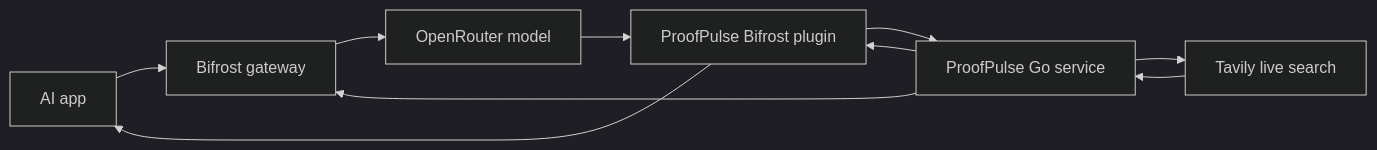
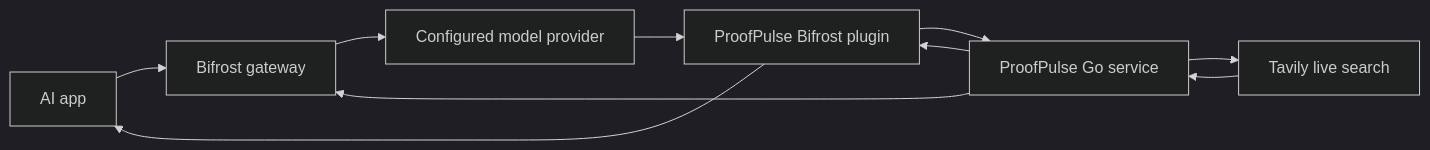
The diagram in README.md (Tanishq-lab-Genius/proofpulse), drawn with Mermaid (dark theme) before and after one commit. The commit also changed other lines of this file, not shown here.

Commit message:
Document Bifrost provider flexibility

````diff
--- a/README.md
+++ b/README.md
@@ -29,12 +29,12 @@
 ```mermaid
 flowchart LR
     Client[AI app] --> Gateway[Bifrost gateway]
-    Gateway --> Model[OpenRouter model]
+    Gateway --> Model[Configured model provider]
     Model --> Plugin[ProofPulse Bifrost plugin]
     Plugin --> Service[ProofPulse Go service]
     Service --> Search[Tavily live search]
     Service --> Gateway
     Search --> Service
     Service --> Plugin
     Plugin --> Client
 ```
````
